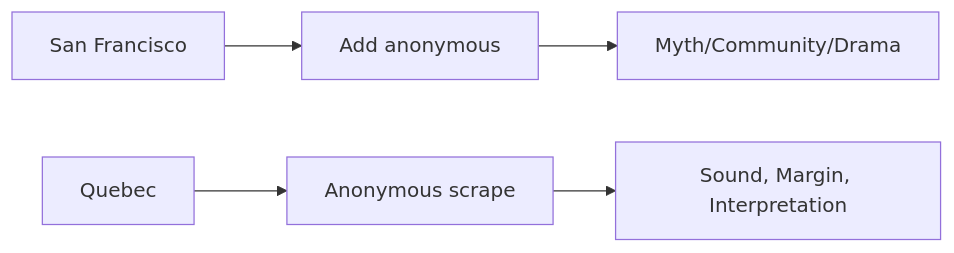
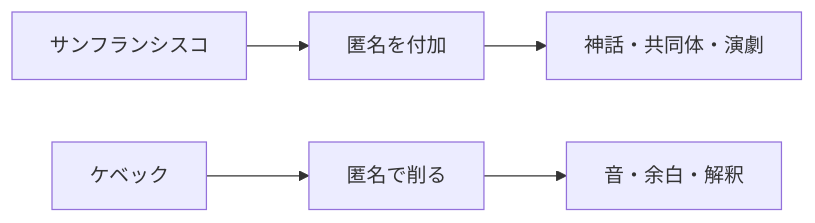
One commit to monumental-movement/monumental-movement.github.io changed the fifth of 9 diagrams in en/_posts/2026-07-07-column-angine-de-poitrine-caroliner-rubber-o-cement.md. Above: the diagram before and after it, drawn with Mermaid. The commit also changed other lines of this file and 2196 other files, not shown here.

```diff
--- a/en/_posts/2026-07-07-column-angine-de-poitrine-caroliner-rubber-o-cement.md
+++ b/en/_posts/2026-07-07-column-angine-de-poitrine-caroliner-rubber-o-cement.md
@@ -553,18 +552,18 @@
 <div class="mermaid">
 flowchart LR
 
-A["San Francisco"]
-B["Add anonymous"]
-C["Myth/Community/Drama"]
+A["サンフランシスコ"]
+B["匿名を付加"]
+C["神話・共同体・演劇"]
 
-D["Quebec"]
-E["Anonymous scrape"]
-F["Sound, Margin, Interpretation"]
+D["ケベック"]
+E["匿名で削る"]
+F["音・余白・解釈"]
 
 A --> B
 B --> C
 
 D --> E
 E --> F
 
 </div>
```
